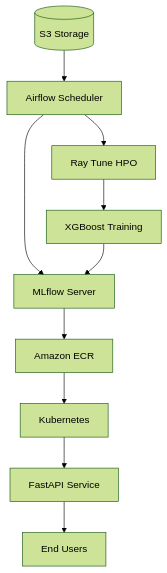
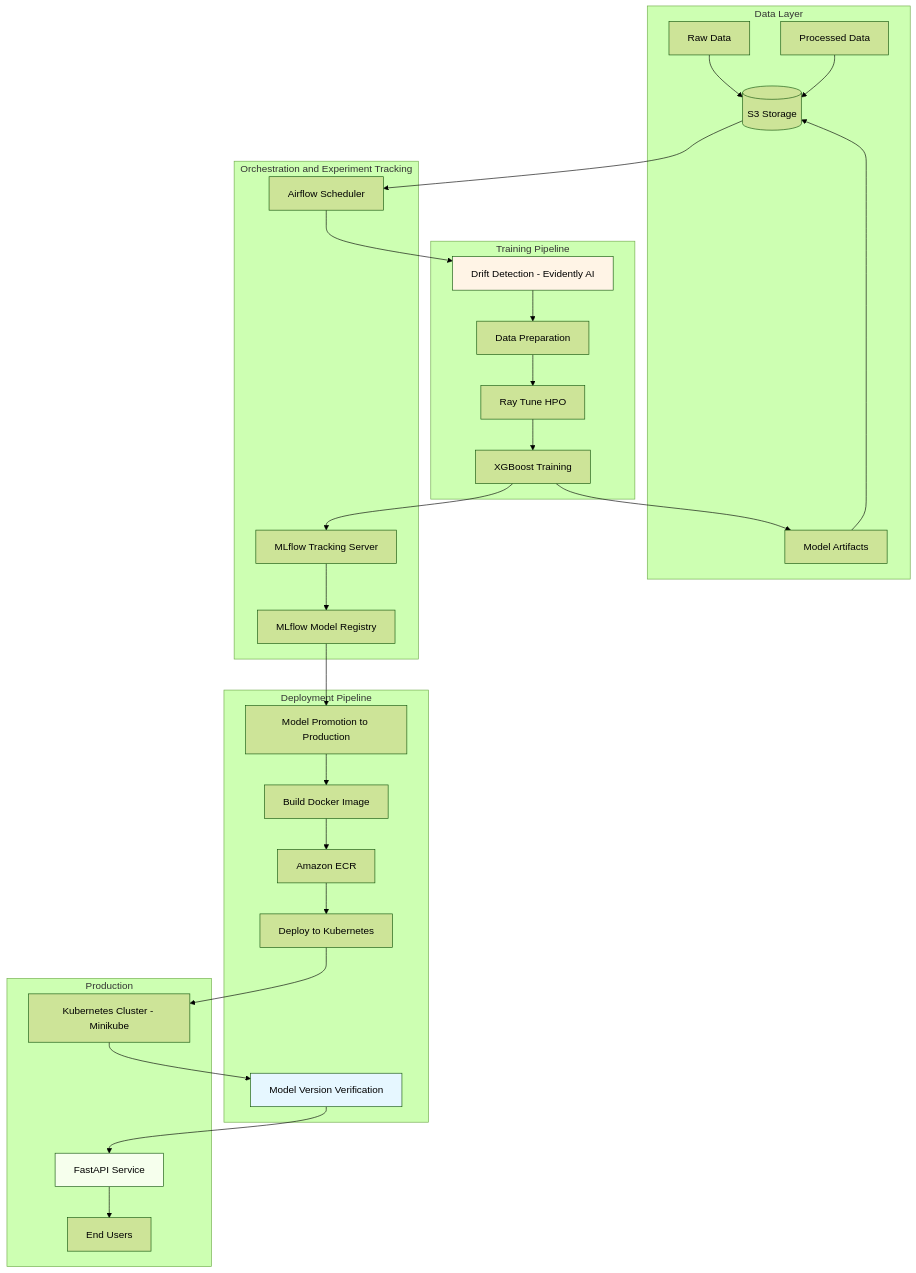
One commit to bencappello/health-predict changed the diagram in README.md. Above: the diagram before and after it, drawn with Mermaid (forest theme). The commit also changed other lines of this file and 1 other file, not shown here.

Commit message:
docs: restore full comprehensive Mermaid diagrams with all components
- Restore detailed architecture diagram with 5 subgraphs
- Show complete data flow through all pipeline stages
- Include drift detection, training, deployment, and production layers
- Add color styling for key components

````diff
--- a/README.md
+++ b/README.md
@@ -13,22 +13,61 @@
 ```mermaid
-flowchart TB
-    S3[("S3 Storage")]
-    Airflow["Airflow Scheduler"]
-    MLflow["MLflow Server"]
-    RayTune["Ray Tune HPO"]
-    Training["XGBoost Training"]
-    ECR["Amazon ECR"]
-    K8s["Kubernetes"]
-    API["FastAPI Service"]
-    Users["End Users"]
+graph TB
+    subgraph "Data Layer"
+        S3[(S3 Storage)]
+        RawData[Raw Data]
+        ProcessedData[Processed Data]
+        Models[Model Artifacts]
+    end
     
+    subgraph "Orchestration and Experiment Tracking"
+        Airflow[Airflow Scheduler]
+        MLflow[MLflow Tracking Server]
+        Registry[MLflow Model Registry]
+    end
+    
+    subgraph "Training Pipeline"
+        DriftDetect[Drift Detection - Evidently AI]
+        DataPrep[Data Preparation]
+        RayTune[Ray Tune HPO]
+        Training[XGBoost Training]
+   end
+    
+    subgraph "Deployment Pipeline"
+        ModelPromotion[Model Promotion to Production]
+        DockerBuild[Build Docker Image]
+        ECR[Amazon ECR]
+        K8sDeploy[Deploy to Kubernetes]
+        Verify[Model Version Verification]
+    end
+    
+    subgraph "Production"
+        K8s[Kubernetes Cluster - Minikube]
+        API[FastAPI Service]
+        Users[End Users]
+    end
+    
+    RawData --> S3
     S3 --> Airflow
-    Airflow --> MLflow
-    Airflow --> RayTune
+    Airflow --> DriftDetect
+    DriftDetect --> DataPrep
+    DataPrep --> RayTune
     RayTune --> Training
     Training --> MLflow
-    MLflow --> ECR
-    ECR --> K8s
-    K8s --> API
+    MLflow --> Registry
+    Registry --> ModelPromotion
+    ModelPromotion --> DockerBuild
+    DockerBuild --> ECR
+    ECR --> K8sDeploy
+    K8sDeploy --> K8s
+    K8s --> Verify
+    Verify --> API
     API --> Users
+    
+    Training --> Models
+    Models --> S3
+    ProcessedData --> S3
+    
+    style DriftDetect fill:#fff4e6
+    style Verify fill:#e6f7ff
+    style API fill:#f6ffed
 ```
````
